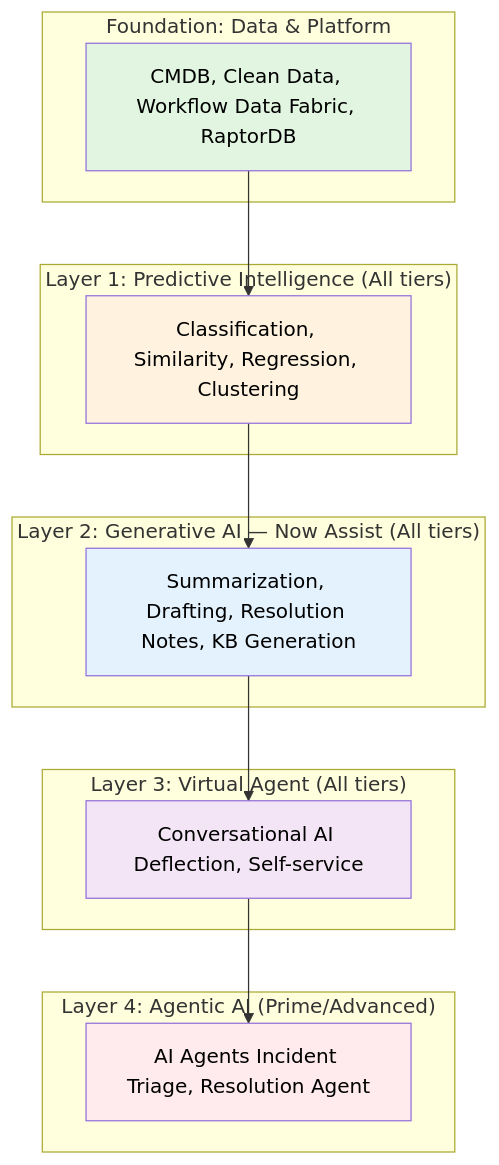
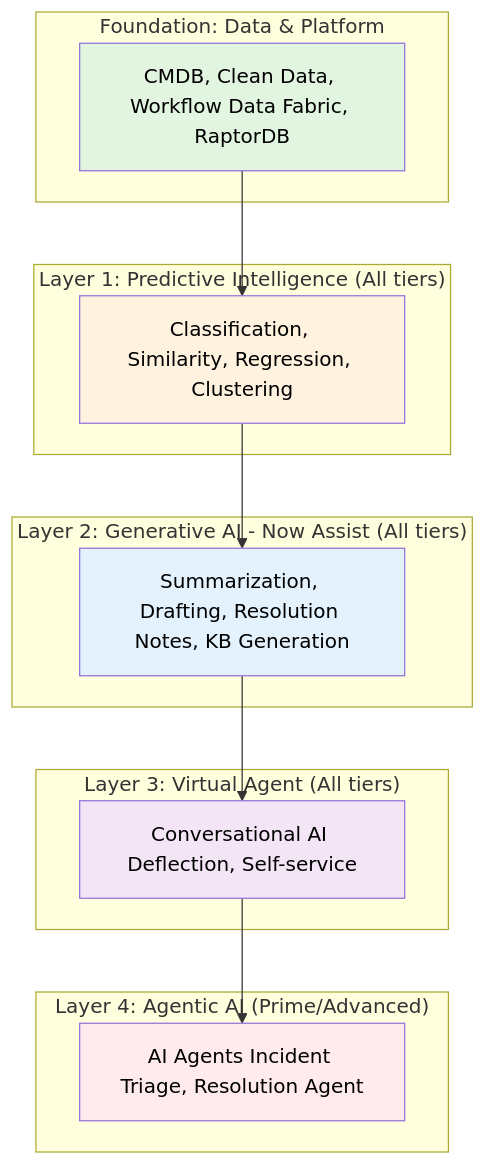
The first of 6 diagrams in docs/modules/ai/ai-guide.md (eltonaguiar/ServiceNow_Learning_TSOM-_CSM_FSM_SalesCRM_HAM_ITSM), drawn with Mermaid before and after one commit. The commit also changed other lines of this file and 10 other files, not shown here.

First line of the commit message:
Fix Mermaid diagram unicode characters causing syntax errors

````diff
--- a/docs/modules/ai/ai-guide.md
+++ b/docs/modules/ai/ai-guide.md
@@ -199,29 +199,29 @@
 ```mermaid
 graph TD
     subgraph "Layer 4: Agentic AI (Prime/Advanced)"
         A[AI Agents Incident Triage, Resolution Agent]
     end
     subgraph "Layer 3: Virtual Agent (All tiers)"
         B[Conversational AI Deflection, Self-service]
     end
-    subgraph "Layer 2: Generative AI — Now Assist (All tiers)"
+    subgraph "Layer 2: Generative AI  -  Now Assist (All tiers)"
         C[Summarization, Drafting, Resolution Notes, KB Generation]
     end
     subgraph "Layer 1: Predictive Intelligence (All tiers)"
         D[Classification, Similarity, Regression, Clustering]
     end
     subgraph "Foundation: Data & Platform"
         E[CMDB, Clean Data, Workflow Data Fabric, RaptorDB]
     end
 
     E --> D
     D --> C
     C --> B
     B --> A
 
     style E fill:#e1f5e1,color:#000
     style D fill:#fff3e0,color:#000
     style C fill:#e3f2fd,color:#000
     style B fill:#f3e5f5,color:#000
     style A fill:#ffebee,color:#000
 ```
````
